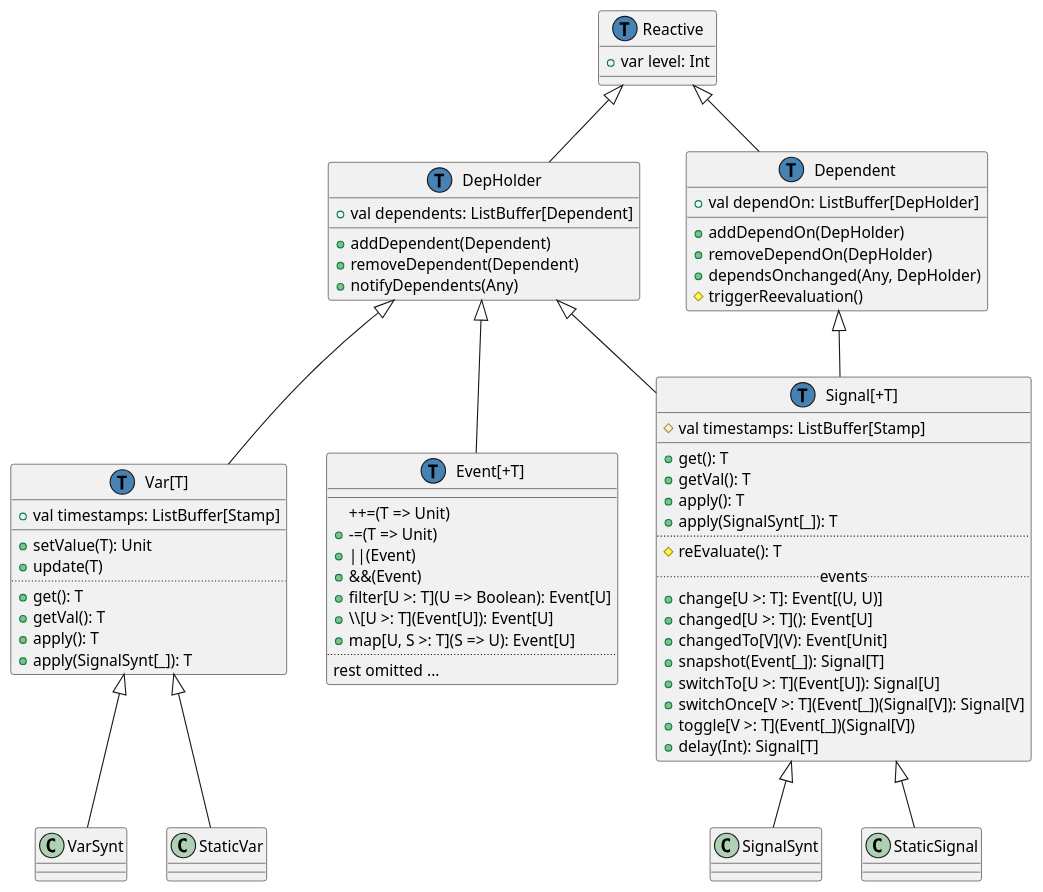
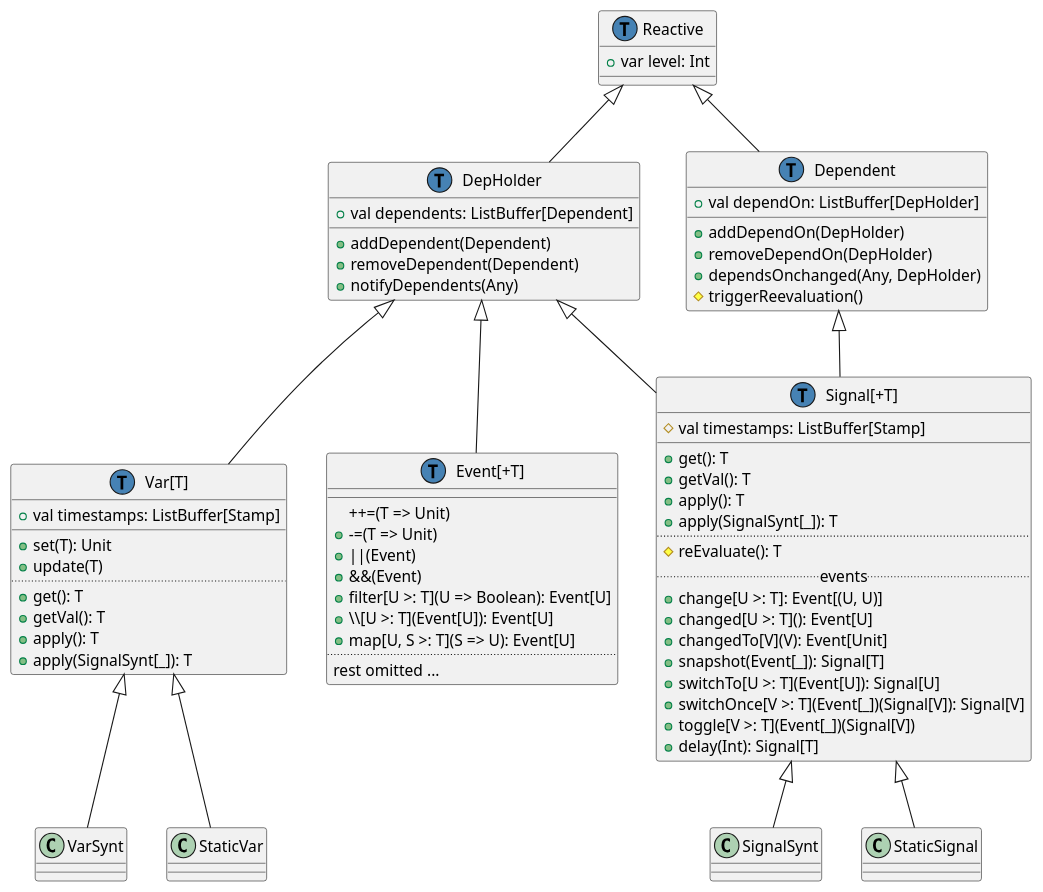
The diagram in doc/class-hierarchy/pre-refactoring-may-14.plantuml (rescala-lang/REScala), drawn with PlantUML before and after one commit. The commit also changed 15 other files, not shown here.

Commit message:
Rename `setValue` to `set`

```diff
--- a/doc/class-hierarchy/pre-refactoring-may-14.plantuml
+++ b/doc/class-hierarchy/pre-refactoring-may-14.plantuml
@@ -1,83 +1,83 @@
 @startuml
 class Reactive {
   +var level: Int
 }
 
 class DepHolder extends Reactive {
   +val dependents: ListBuffer[Dependent]
   __
   +addDependent(Dependent)
   +removeDependent(Dependent)
   +notifyDependents(Any)
 }
 
 class Dependent extends Reactive {
   +val dependOn: ListBuffer[DepHolder]
   __
   +addDependOn(DepHolder)
   +removeDependOn(DepHolder)
   +dependsOnchanged(Any, DepHolder)
   #triggerReevaluation()
 }
 
 class "Var[T]" as Var extends DepHolder {
   +val timestamps: ListBuffer[Stamp]
   __
-  +setValue(T): Unit
+  +set(T): Unit
   +update(T)
   ..
   +get(): T
   +getVal(): T
   +apply(): T
   +apply(SignalSynt[_]): T
 }
 
 class "Signal[+T]" as Signal {
   #val timestamps: ListBuffer[Stamp]
   __
   +get(): T
   +getVal(): T
   +apply(): T
   +apply(SignalSynt[_]): T
   ..
   #reEvaluate(): T
   .. events ..
   +change[U >: T]: Event[(U, U)]
   +changed[U >: T](): Event[U]
   +changedTo[V](V): Event[Unit]
   +snapshot(Event[_]): Signal[T]
   +switchTo[U >: T](Event[U]): Signal[U]
   +switchOnce[V >: T](Event[_])(Signal[V]): Signal[V]
   +toggle[V >: T](Event[_])(Signal[V])
   +delay(Int): Signal[T]
 }
 
 DepHolder <|-- Signal
 Dependent <|-- Signal
 
 class "Event[+T]" as Event extends DepHolder {
   __
   ++=(T => Unit)
   +-=(T => Unit)
   +||(Event)
   +&&(Event)
   +filter[U >: T](U => Boolean): Event[U]
   +\\\[U >: T](Event[U]): Event[U]
   +map[U, S >: T](S => U): Event[U]
   ..
   rest omitted ...
 }
 
 
 Signal <|-- SignalSynt
 Signal <|-- StaticSignal
 Var <|-- VarSynt
 Var <|-- StaticVar
 
 class Signal << (T,#4682b4) >>
 class Var << (T,#4682b4) >>
 class DepHolder << (T,#4682b4) >>
 class Dependent << (T,#4682b4) >>
 class Reactive << (T,#4682b4) >>
 class Event << (T,#4682b4) >>
 @enduml
```
